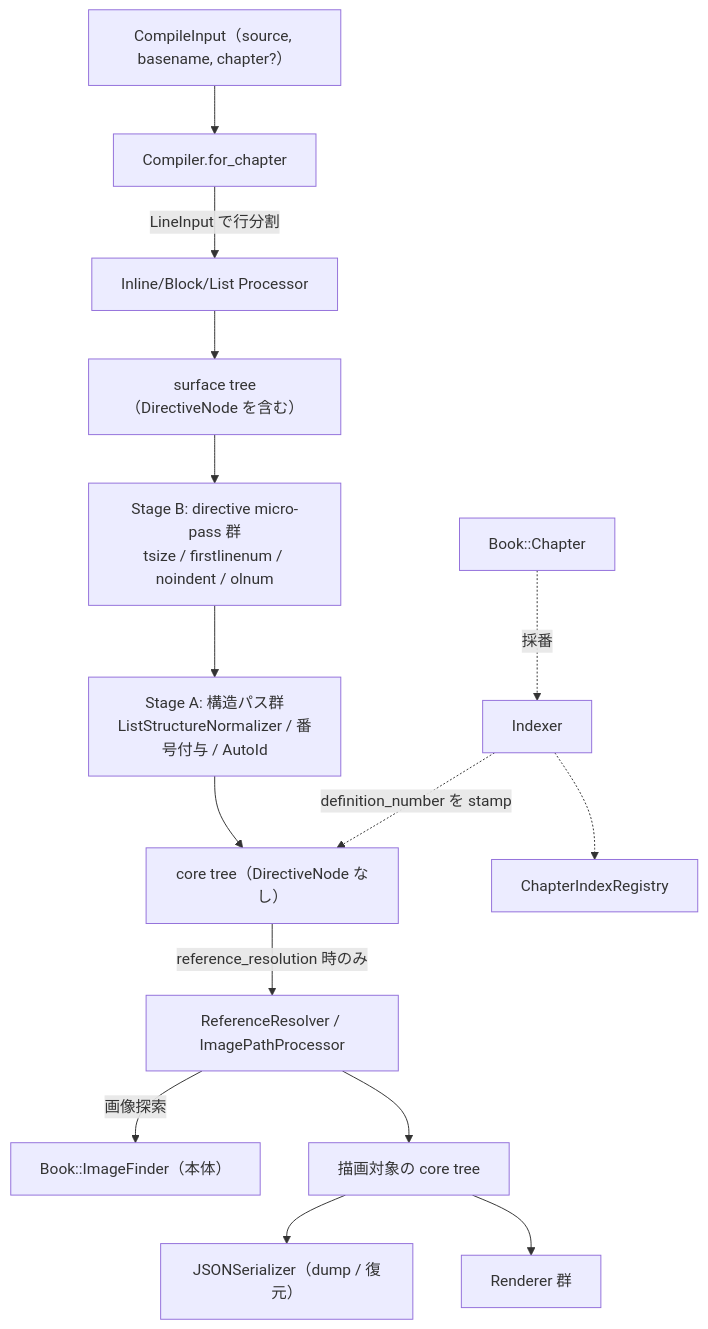
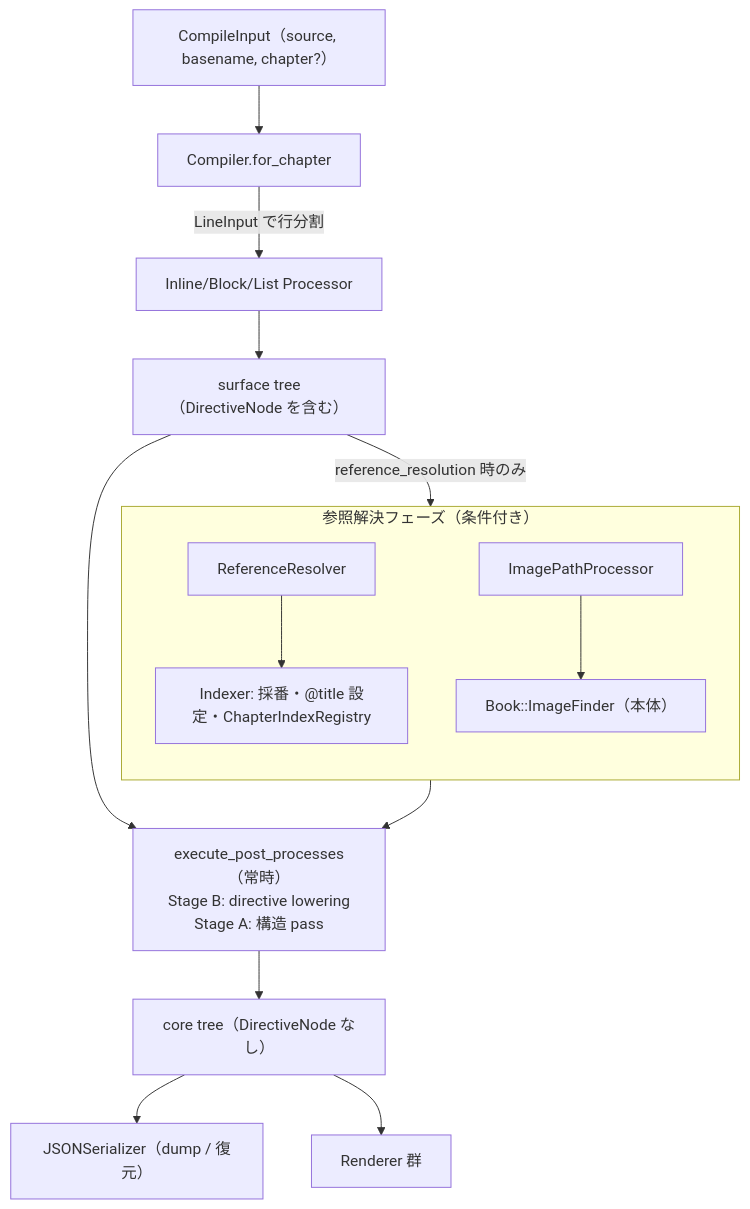
One commit to takahashim/review-ast changed the second of 5 diagrams in doc/review-ast-architecture.ja.md. Above: the diagram before and after it, drawn with Mermaid. The commit also changed other lines of this file, not shown here.

First line of the commit message:
docs: correct architecture doc to reflect real coupling with review core

````diff
--- a/doc/review-ast-architecture.ja.md
+++ b/doc/review-ast-architecture.ja.md
@@ -66,21 +96,20 @@
 ```mermaid
 flowchart TD
   Input["CompileInput（source, basename, chapter?）"] --> Compiler
   Compiler["Compiler.for_chapter"] -->|LineInput で行分割| Parse["Inline/Block/List Processor"]
   Parse --> Surface["surface tree（DirectiveNode を含む）"]
 
-  Surface --> StageB["Stage B: directive micro-pass 群<br/>tsize / firstlinenum / noindent / olnum"]
-  StageB --> StageA["Stage A: 構造パス群<br/>ListStructureNormalizer / 番号付与 / AutoId"]
-  StageA --> Core["core tree（DirectiveNode なし）"]
+  Surface -->|reference_resolution 時のみ| RR
+  subgraph Resolve["参照解決フェーズ（条件付き）"]
+    direction TB
+    RR["ReferenceResolver"] --> IDX["Indexer: 採番・@title 設定・ChapterIndexRegistry"]
+    IPP["ImagePathProcessor"] --> IF["Book::ImageFinder（本体）"]
+  end
 
-  Core -->|reference_resolution 時のみ| Resolve["ReferenceResolver / ImagePathProcessor"]
-  Resolve -->|画像探索| ImageFinder["Book::ImageFinder（本体）"]
-  Resolve --> Rendered["描画対象の core tree"]
+  Surface --> Post["execute_post_processes（常時）<br/>Stage B: directive lowering<br/>Stage A: 構造 pass"]
+  Resolve --> Post
+  Post --> Core["core tree（DirectiveNode なし）"]
 
-  Chapter["Book::Chapter"] -.->|採番| Indexer["Indexer"]
-  Indexer -.->|definition_number を stamp| Core
-  Indexer -.-> Registry["ChapterIndexRegistry"]
-
-  Rendered --> Dump["JSONSerializer（dump / 復元）"]
-  Rendered --> Renderers["Renderer 群"]
+  Core --> Dump["JSONSerializer（dump / 復元）"]
+  Core --> Renderers["Renderer 群"]
 ```
````
